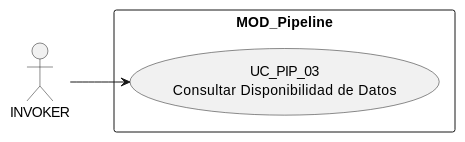
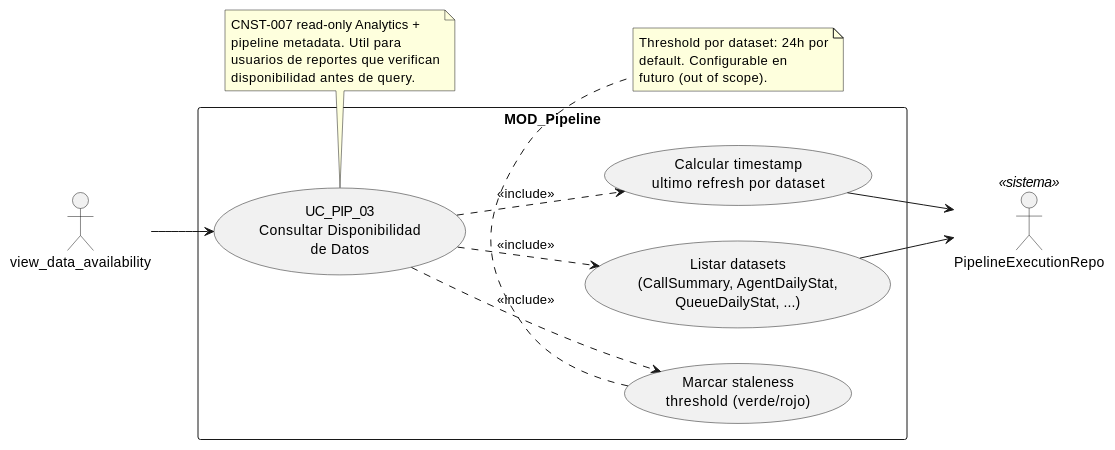
Before and after one commit to jcg-admin/IACT-docs: the diagram in source/requisitos/casos-uso/pipeline/uc-pip-03/diagramas-uml/diagrama-de-caso-de-uso.rst, drawn with PlantUML. The commit also changed 8 other files, not shown here.

```diff
--- a/source/requisitos/casos-uso/pipeline/uc-pip-03/diagramas-uml/diagrama-de-caso-de-uso.rst
+++ b/source/requisitos/casos-uso/pipeline/uc-pip-03/diagramas-uml/diagrama-de-caso-de-uso.rst
@@ -4,22 +4,39 @@
 .. uml::
  :caption: UC_PIP_03 — actores y casos asociados
 
  @startuml
 
  left to right direction
 
- ' TODO (use-case-view-uml07-rebuild Nivel A): completar
- ' actores (INVOKER + beneficiarios + Sistema), sub-usecases
- ' (validaciones, side-effects, audit emit), relaciones
- ' (`<<include>>`, `<<extend>>`) y notas referenciando BRs/CNSTs.
- ' Ver patron canonico en uc-acc-01/diagramas-uml/diagrama-de-caso-de-uso.rst.
-
- actor "INVOKER" as INVOKER
+ actor "view_data_availability" as INVOKER
+ actor "PipelineExecutionRepo" as REPO <<sistema>>
 
  rectangle "MOD_Pipeline" {
-   usecase "UC_PIP_03\nConsultar Disponibilidad de Datos" as UC_PIP_03
+   usecase "UC_PIP_03\nConsultar Disponibilidad\nde Datos" as UC_PIP_03
+   usecase "Calcular timestamp\nultimo refresh por dataset" as ULTIMO_REFRESH
+   usecase "Listar datasets\n(CallSummary, AgentDailyStat,\nQueueDailyStat, ...)" as LIST_DATASETS
+   usecase "Marcar staleness\nthreshold (verde/rojo)" as STALENESS
  }
 
  INVOKER --> UC_PIP_03
+ UC_PIP_03 ..> LIST_DATASETS : <<include>>
+ UC_PIP_03 ..> ULTIMO_REFRESH : <<include>>
+ UC_PIP_03 ..> STALENESS : <<include>>
+
+ ULTIMO_REFRESH --> REPO
+ LIST_DATASETS --> REPO
+
+ note bottom of UC_PIP_03
+   CNST-007 read-only Analytics +
+   pipeline metadata. Util para
+   usuarios de reportes que verifican
+   disponibilidad antes de query.
+ end note
+
+ note bottom of STALENESS
+   Threshold por dataset: 24h por
+   default. Configurable en
+   futuro (out of scope).
+ end note
 
  @enduml
```
